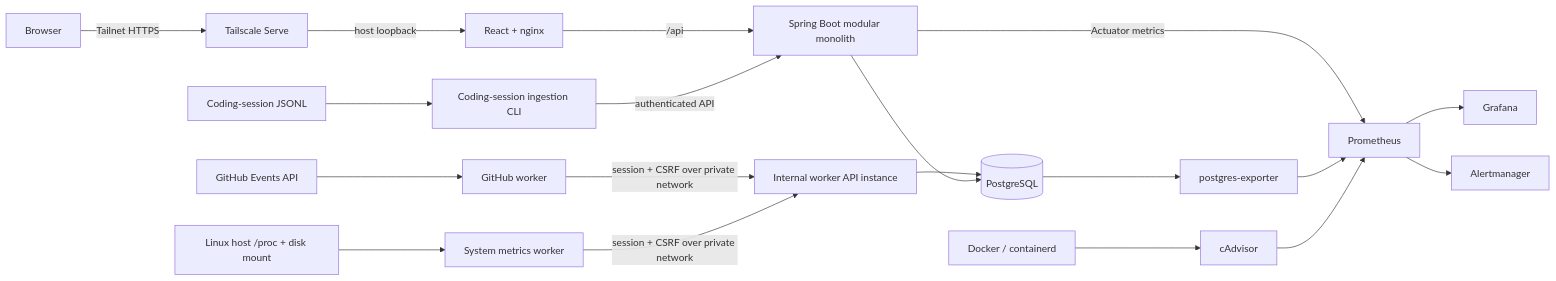
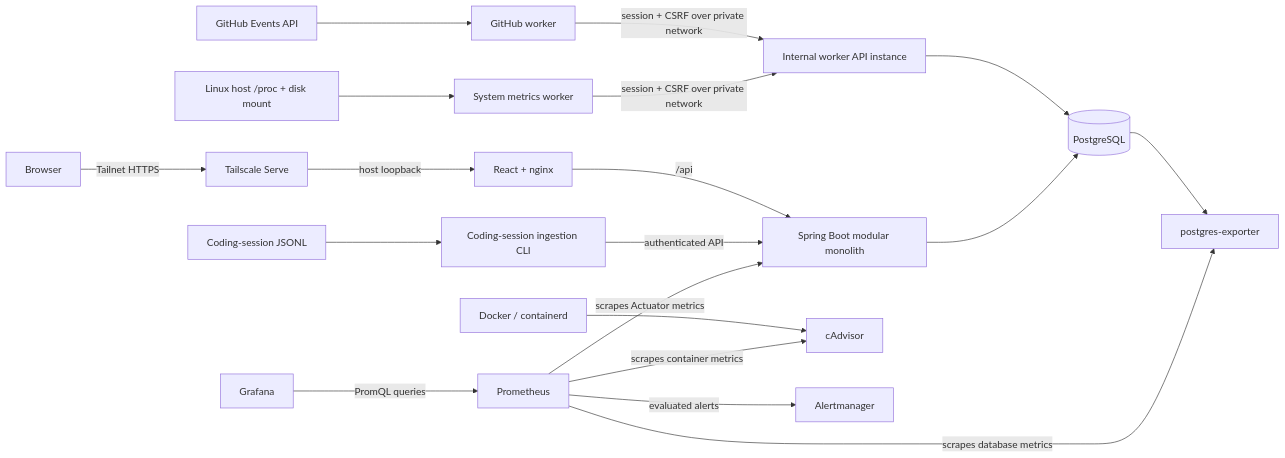
One commit to DanielChioma/lyftix changed the diagram in README.md. Above: the diagram before and after it, drawn with Mermaid. The commit also changed 1 other file, not shown here.

Commit message:
docs: improve portfolio presentation

````diff
--- a/README.md
+++ b/README.md
@@ -35,24 +61,24 @@
 ```mermaid
 flowchart LR
     Browser[Browser] -->|Tailnet HTTPS| Serve[Tailscale Serve]
     Serve -->|host loopback| Nginx[React + nginx]
     Nginx -->|/api| Backend[Spring Boot modular monolith]
 
     GitHub[GitHub Events API] --> GitHubWorker[GitHub worker]
     Host[Linux host /proc + disk mount] --> MetricsWorker[System metrics worker]
     JSONL[Coding-session JSONL] --> CodingWorker[Coding-session ingestion CLI]
 
     GitHubWorker -->|session + CSRF over private network| WorkerAPI[Internal worker API instance]
     MetricsWorker -->|session + CSRF over private network| WorkerAPI
     CodingWorker -->|authenticated API| Backend
     WorkerAPI --> PostgreSQL[(PostgreSQL)]
     Backend --> PostgreSQL
 
-    Backend -->|Actuator metrics| Prometheus[Prometheus]
+    Prometheus[Prometheus] -->|scrapes Actuator metrics| Backend
     PostgreSQL --> Exporter[postgres-exporter]
-    Exporter --> Prometheus
+    Prometheus -->|scrapes database metrics| Exporter
     Containers[Docker / containerd] --> cAdvisor[cAdvisor]
-    cAdvisor --> Prometheus
-    Prometheus --> Grafana[Grafana]
-    Prometheus --> Alertmanager[Alertmanager]
+    Prometheus -->|scrapes container metrics| cAdvisor
+    Grafana[Grafana] -->|PromQL queries| Prometheus
+    Prometheus -->|evaluated alerts| Alertmanager[Alertmanager]
 ```
````
